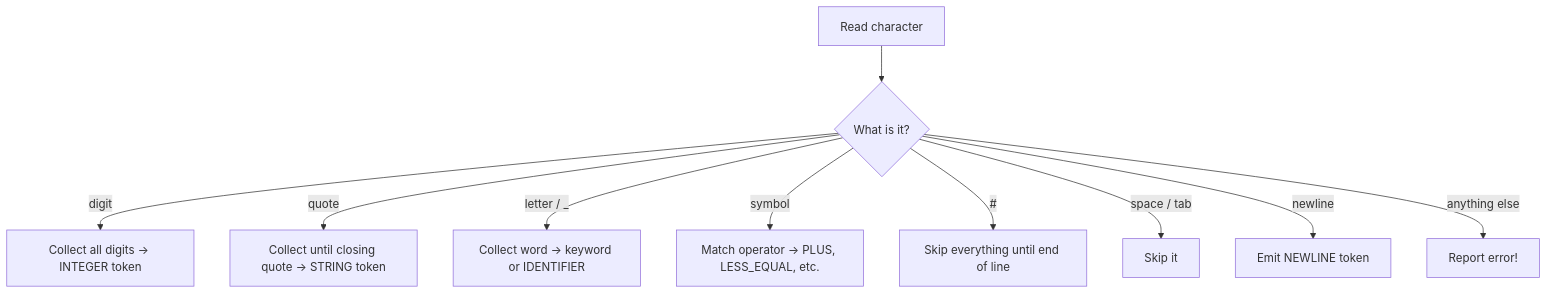
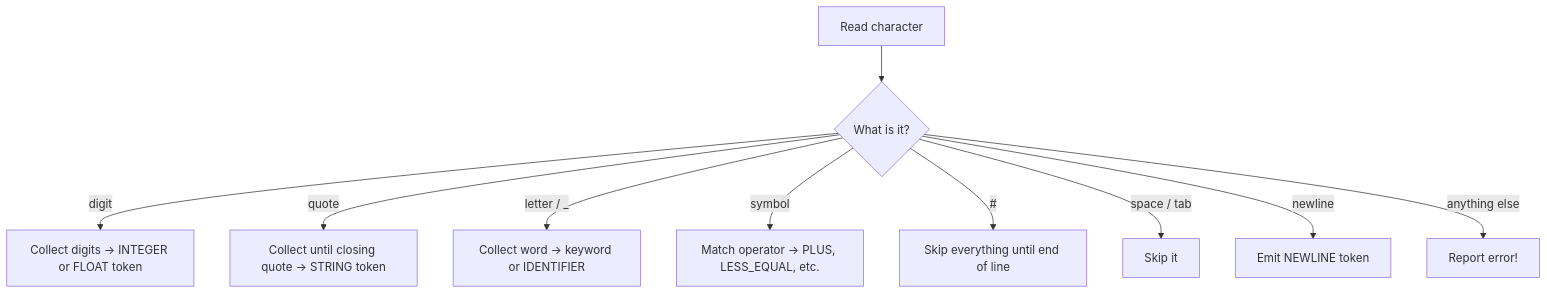
Before and after one commit to robcox2910/pebble-lang: the diagram in docs/concepts/lexer.md, drawn with Mermaid. The commit also changed 28 other files, not shown here.

````diff
--- a/docs/concepts/lexer.md
+++ b/docs/concepts/lexer.md
@@ -24,12 +24,12 @@
 ```mermaid
 graph TD
     A[Read character] --> B{What is it?}
-    B -->|digit| C[Collect all digits → INTEGER token]
+    B -->|digit| C[Collect digits → INTEGER or FLOAT token]
     B -->|quote| D[Collect until closing quote → STRING token]
     B -->|letter / _| E[Collect word → keyword or IDENTIFIER]
     B -->|symbol| F[Match operator → PLUS, LESS_EQUAL, etc.]
     B -->|#| G[Skip everything until end of line]
     B -->|space / tab| H[Skip it]
     B -->|newline| I[Emit NEWLINE token]
     B -->|anything else| J[Report error!]
 ```
````
